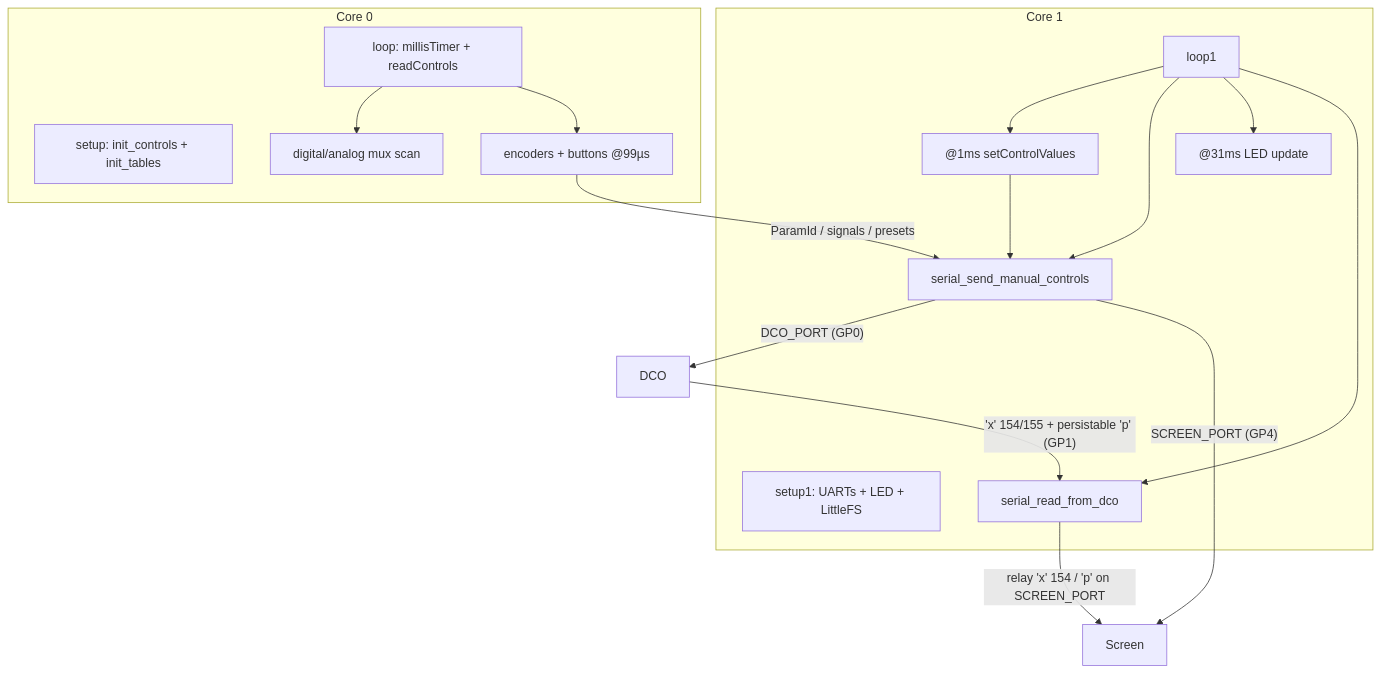
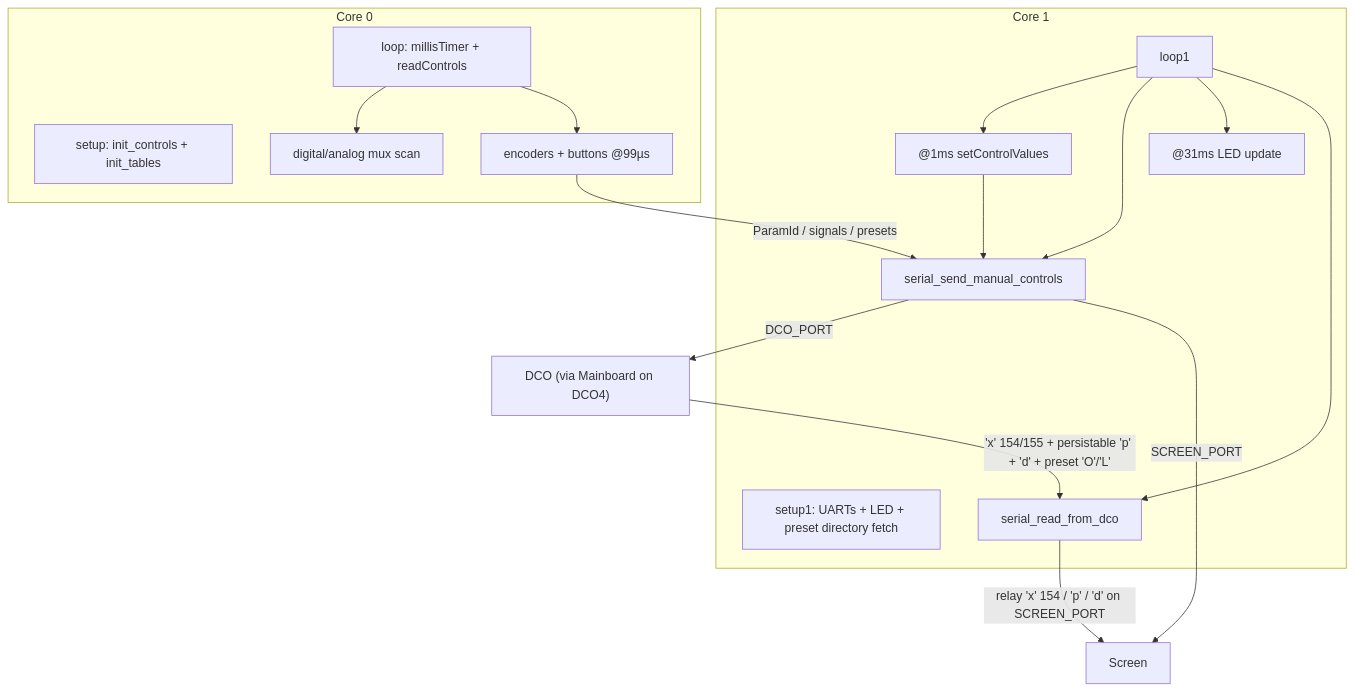
Before and after one commit to felipegaspari/DCO3-MONOSYNTH-INPUT-CONTROLLER: the diagram in docs/CONTROL_PIPELINE.md, drawn with Mermaid. The commit also changed other lines of this file and 23 other files, not shown here.

````diff
--- a/docs/CONTROL_PIPELINE.md
+++ b/docs/CONTROL_PIPELINE.md
@@ -9,25 +19,25 @@
 ```mermaid
 flowchart TD
   subgraph core0 ["Core 0"]
     S0["setup: init_controls + init_tables"]
     L0["loop: millisTimer + readControls"]
     L0 --> Mux["digital/analog mux scan"]
     L0 --> Enc["encoders + buttons @99µs"]
   end
 
   subgraph core1 ["Core 1"]
-    S1["setup1: UARTs + LED + LittleFS"]
+    S1["setup1: UARTs + LED + preset directory fetch"]
     L1["loop1"]
     L1 --> Map["@1ms setControlValues"]
     L1 --> TX["serial_send_manual_controls"]
     L1 --> Led["@31ms LED update"]
     L1 --> RX["serial_read_from_dco"]
   end
 
   Enc -->|"ParamId / signals / presets"| TX
   Map --> TX
-  TX -->|"DCO_PORT (GP0)"| MB["DCO"]
-  TX -->|"SCREEN_PORT (GP4)"| Scr["Screen"]
-  MB -->|"'x' 154/155 + persistable 'p' (GP1)"| RX
-  RX -->|"relay 'x' 154 / 'p' on SCREEN_PORT"| Scr
+  TX -->|DCO_PORT| MB["DCO (via Mainboard on DCO4)"]
+  TX -->|SCREEN_PORT| Scr["Screen"]
+  MB -->|"'x' 154/155 + persistable 'p' + 'd' + preset 'O'/'L'"| RX
+  RX -->|"relay 'x' 154 / 'p' / 'd' on SCREEN_PORT"| Scr
 ```
````
